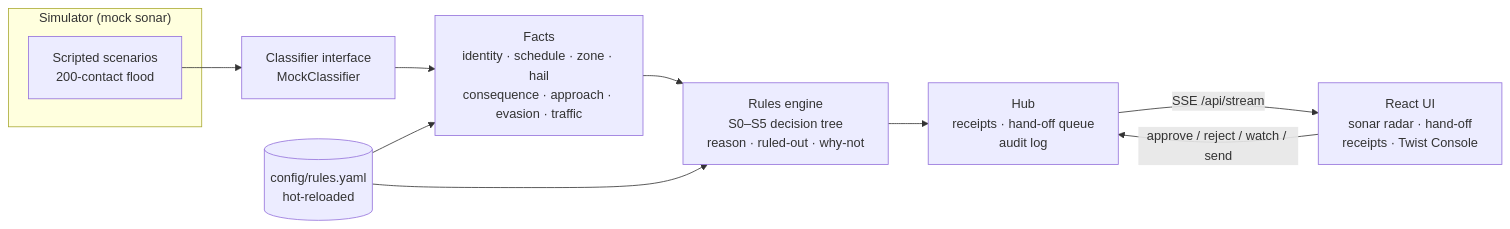
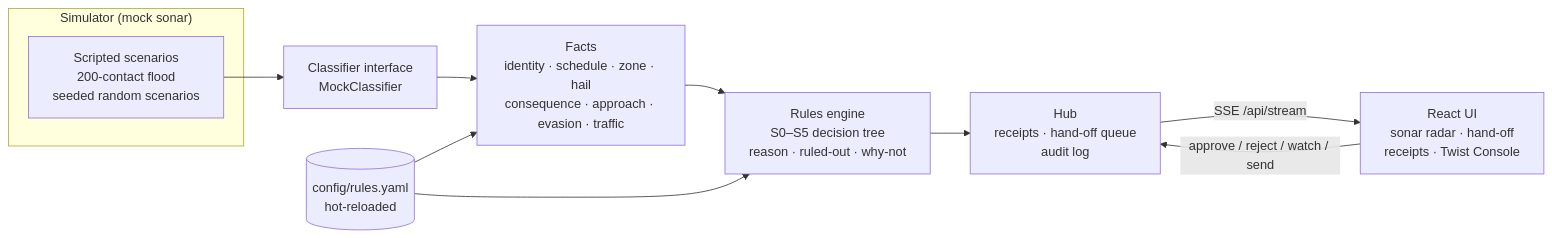
One commit to kaushik-lankoji/quietwater changed the first of 2 diagrams in README.md. Above: the diagram before and after it, drawn with Mermaid. The commit also changed other lines of this file and 1 other file, not shown here.

Commit message:
Document random scenarios and the seeded scenario endpoint

````diff
--- a/README.md
+++ b/README.md
@@ -45,14 +45,14 @@
 ```mermaid
 flowchart LR
   subgraph SIM["Simulator (mock sonar)"]
-    SC["Scripted scenarios<br/>200-contact flood"]
+    SC["Scripted scenarios<br/>200-contact flood<br/>seeded random scenarios"]
   end
   SC --> CL["Classifier interface<br/>MockClassifier"]
   CL --> FA["Facts<br/>identity · schedule · zone · hail<br/>consequence · approach · evasion · traffic"]
   RY[("config/rules.yaml<br/>hot-reloaded")] --> FA
   RY --> EN
   FA --> EN["Rules engine<br/>S0–S5 decision tree<br/>reason · ruled-out · why-not"]
   EN --> HUB["Hub<br/>receipts · hand-off queue<br/>audit log"]
   HUB -- "SSE /api/stream" --> UI["React UI<br/>sonar radar · hand-off<br/>receipts · Twist Console"]
   UI -- "approve / reject / watch / send" --> HUB
 ```
````
